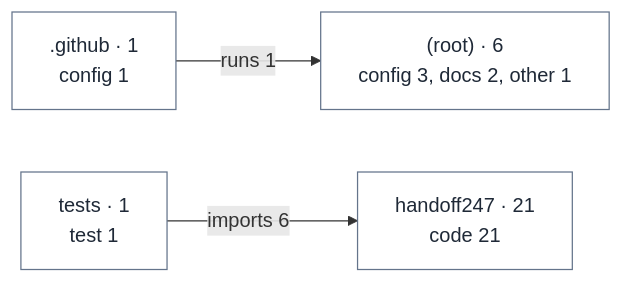
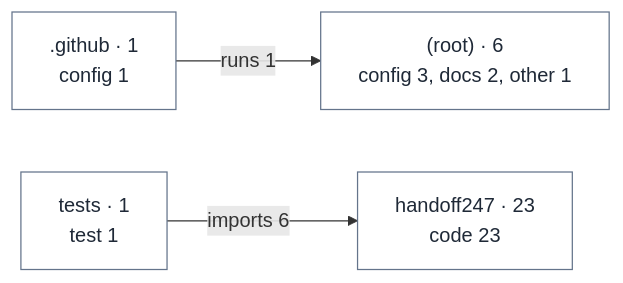
The diagram in docs/handoff/diagrams/areas.mmd (unkkyuist/HandOff247), drawn with Mermaid before and after one commit. The commit also changed 11 other files, not shown here.

```diff
--- a/docs/handoff/diagrams/areas.mmd
+++ b/docs/handoff/diagrams/areas.mmd
@@ -1,17 +1,17 @@
 flowchart LR
   n1["(root) · 6<br/>config 3, docs 2, other 1"]:::file
   n2[".github · 1<br/>config 1"]:::file
-  n3["handoff247 · 21<br/>code 21"]:::file
+  n3["handoff247 · 23<br/>code 23"]:::file
   n4["tests · 1<br/>test 1"]:::file
   n2 -->|"runs 1"| n1
   n4 -->|"imports 6"| n3
   classDef entry fill:#fde68a,stroke:#b45309,color:#1f2937
   classDef launcher fill:#e0e7ff,stroke:#4338ca,color:#1f2937
   classDef mode fill:#dcfce7,stroke:#15803d,color:#1f2937
   classDef iface fill:#cffafe,stroke:#0e7490,color:#1f2937
   classDef table fill:#fce7f3,stroke:#be185d,color:#1f2937
   classDef hub fill:#f3f4f6,stroke:#6b7280,color:#1f2937,stroke-dasharray:4 3
   classDef data fill:#fef3c7,stroke:#92400e,color:#1f2937
   classDef ext fill:#ffffff,stroke:#9ca3af,color:#374151,stroke-dasharray:2 2
   classDef test fill:#ede9fe,stroke:#6d28d9,color:#1f2937
   classDef file fill:#ffffff,stroke:#64748b,color:#1f2937
```
